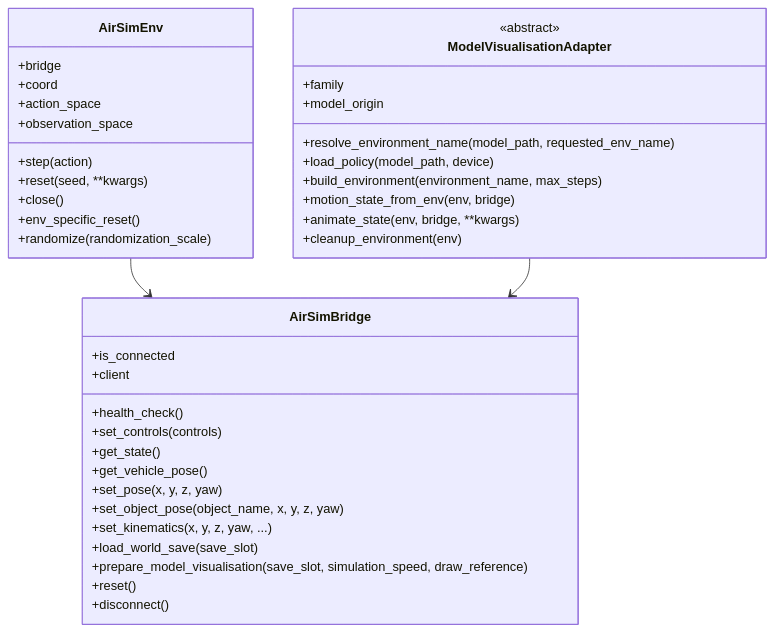
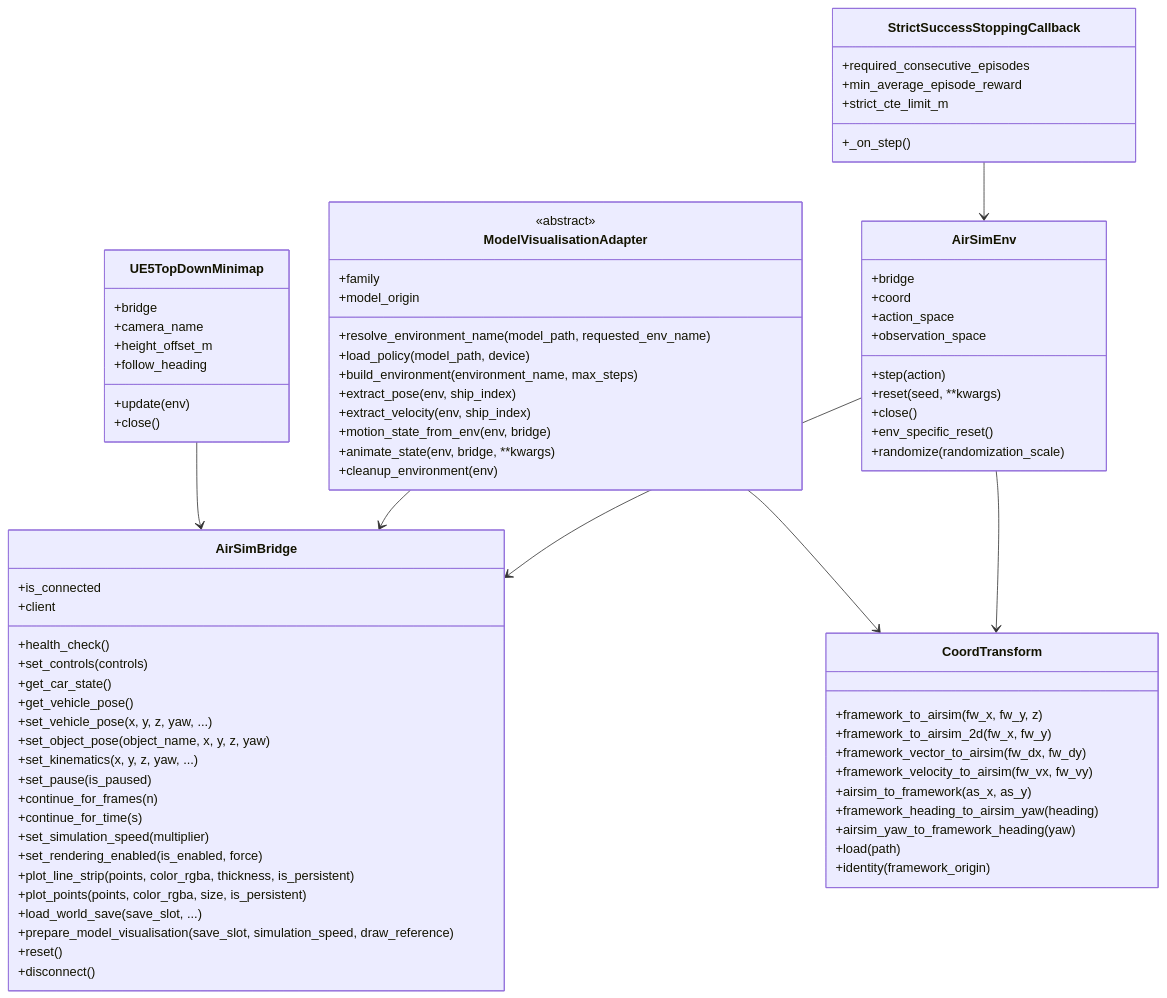
One commit to UAntwerpM4S/RudoLF changed the fourth of 6 diagrams in docs/airsim_architecture.md. Above: the diagram before and after it, drawn with Mermaid. The commit also changed other lines of this file and 4 other files, not shown here.

````diff
--- a/docs/airsim_architecture.md
+++ b/docs/airsim_architecture.md
@@ -119,12 +126,19 @@
         +client
         +health_check()
         +set_controls(controls)
-        +get_state()
+        +get_car_state()
         +get_vehicle_pose()
-        +set_pose(x, y, z, yaw)
+        +set_vehicle_pose(x, y, z, yaw, ...)
         +set_object_pose(object_name, x, y, z, yaw)
         +set_kinematics(x, y, z, yaw, ...)
-        +load_world_save(save_slot)
+        +set_pause(is_paused)
+        +continue_for_frames(n)
+        +continue_for_time(s)
+        +set_simulation_speed(multiplier)
+        +set_rendering_enabled(is_enabled, force)
+        +plot_line_strip(points, color_rgba, thickness, is_persistent)
+        +plot_points(points, color_rgba, size, is_persistent)
+        +load_world_save(save_slot, ...)
         +prepare_model_visualisation(save_slot, simulation_speed, draw_reference)
         +reset()
         +disconnect()
@@ -149,11 +163,45 @@
         +resolve_environment_name(model_path, requested_env_name)
         +load_policy(model_path, device)
         +build_environment(environment_name, max_steps)
+        +extract_pose(env, ship_index)
+        +extract_velocity(env, ship_index)
         +motion_state_from_env(env, bridge)
         +animate_state(env, bridge, **kwargs)
         +cleanup_environment(env)
     }
 
+    class StrictSuccessStoppingCallback {
+        +required_consecutive_episodes
+        +min_average_episode_reward
+        +strict_cte_limit_m
+        +_on_step()
+    }
+
+    class UE5TopDownMinimap {
+        +bridge
+        +camera_name
+        +height_offset_m
+        +follow_heading
+        +update(env)
+        +close()
+    }
+
+    class CoordTransform {
+        +framework_to_airsim(fw_x, fw_y, z)
+        +framework_to_airsim_2d(fw_x, fw_y)
+        +framework_vector_to_airsim(fw_dx, fw_dy)
+        +framework_velocity_to_airsim(fw_vx, fw_vy)
+        +airsim_to_framework(as_x, as_y)
+        +framework_heading_to_airsim_yaw(heading)
+        +airsim_yaw_to_framework_heading(yaw)
+        +load(path)
+        +identity(framework_origin)
+    }
+
     AirSimEnv --> AirSimBridge
+    AirSimEnv --> CoordTransform
     ModelVisualisationAdapter --> AirSimBridge
+    ModelVisualisationAdapter --> CoordTransform
+    UE5TopDownMinimap --> AirSimBridge
+    StrictSuccessStoppingCallback --> AirSimEnv
 ```
````
